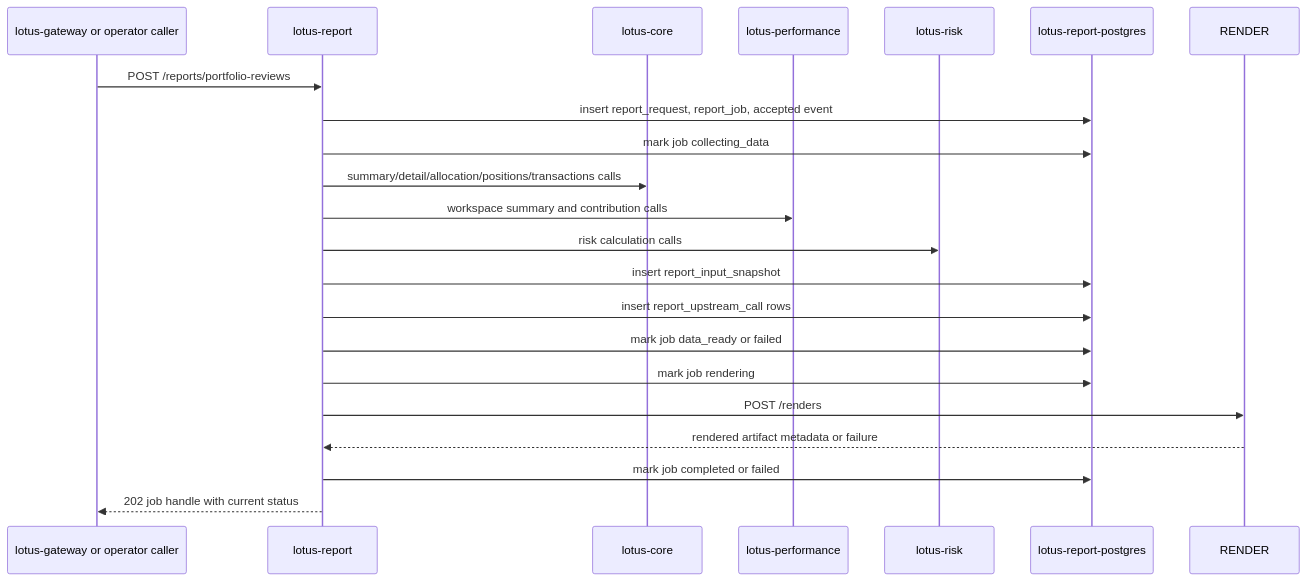
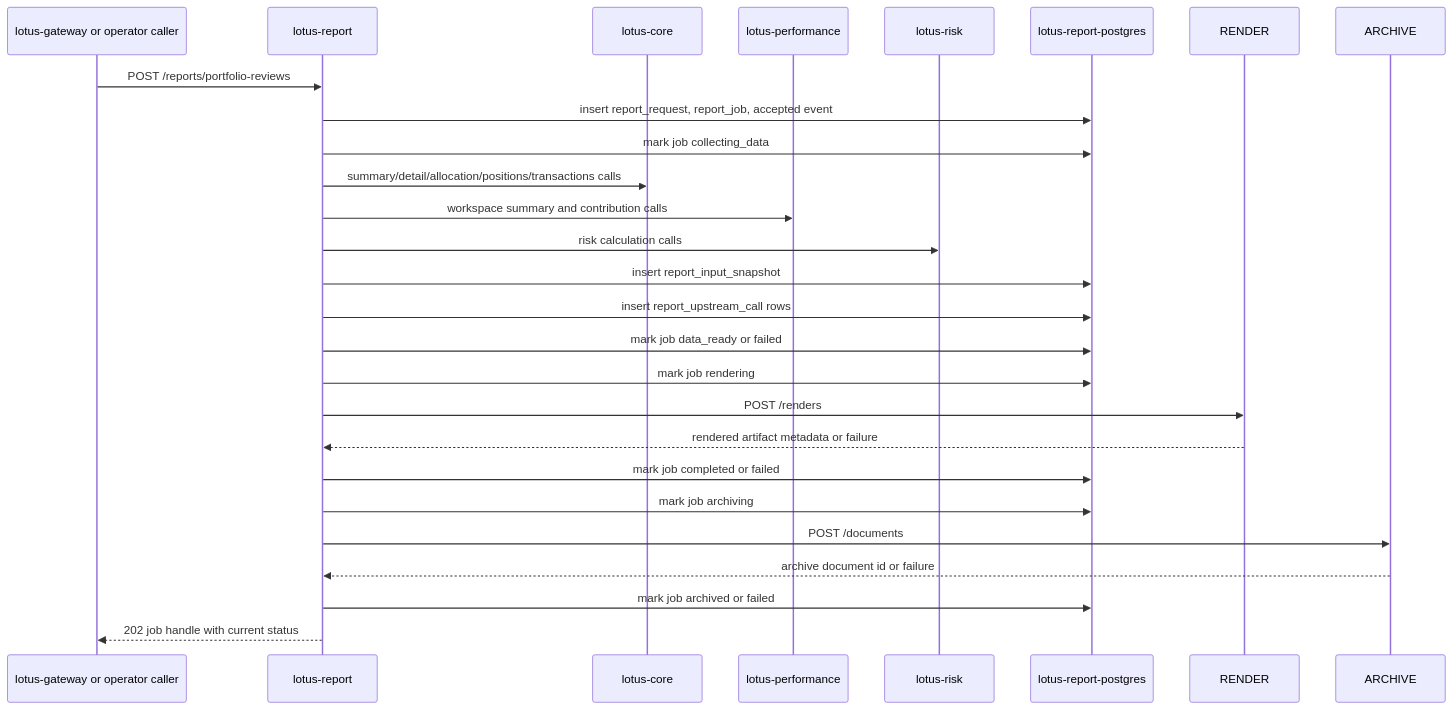
Before and after one commit to sgajbi/lotus-report: the second of 2 diagrams in wiki/Operations-Runbook.md, drawn with Mermaid. The commit also changed other lines of this file and 23 other files, not shown here.

Commit message:
Implement RFC-0103 report archive handoff

````diff
--- a/wiki/Operations-Runbook.md
+++ b/wiki/Operations-Runbook.md
@@ -115,24 +116,28 @@
 ```mermaid
 sequenceDiagram
     participant GW as lotus-gateway or operator caller
     participant REPORT as lotus-report
     participant CORE as lotus-core
     participant PERF as lotus-performance
     participant RISK as lotus-risk
     participant PG as lotus-report-postgres
 
     GW->>REPORT: POST /reports/portfolio-reviews
     REPORT->>PG: insert report_request, report_job, accepted event
     REPORT->>PG: mark job collecting_data
     REPORT->>CORE: summary/detail/allocation/positions/transactions calls
     REPORT->>PERF: workspace summary and contribution calls
     REPORT->>RISK: risk calculation calls
     REPORT->>PG: insert report_input_snapshot
     REPORT->>PG: insert report_upstream_call rows
     REPORT->>PG: mark job data_ready or failed
     REPORT->>PG: mark job rendering
     REPORT->>RENDER: POST /renders
     RENDER-->>REPORT: rendered artifact metadata or failure
     REPORT->>PG: mark job completed or failed
+    REPORT->>PG: mark job archiving
+    REPORT->>ARCHIVE: POST /documents
+    ARCHIVE-->>REPORT: archive document id or failure
+    REPORT->>PG: mark job archived or failed
     REPORT-->>GW: 202 job handle with current status
 ```
````
